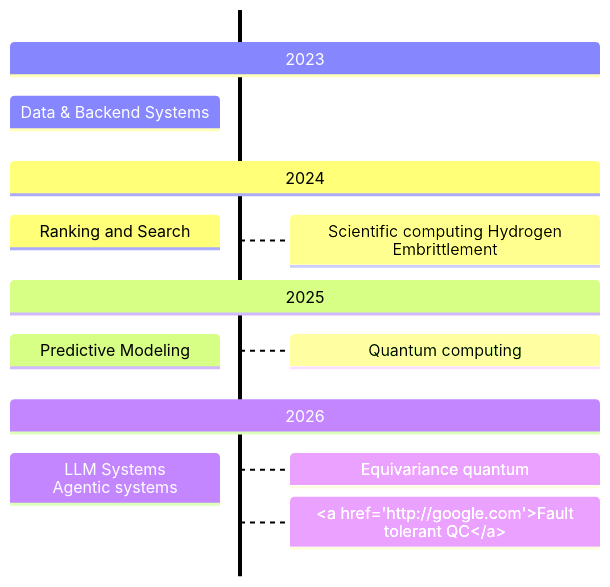
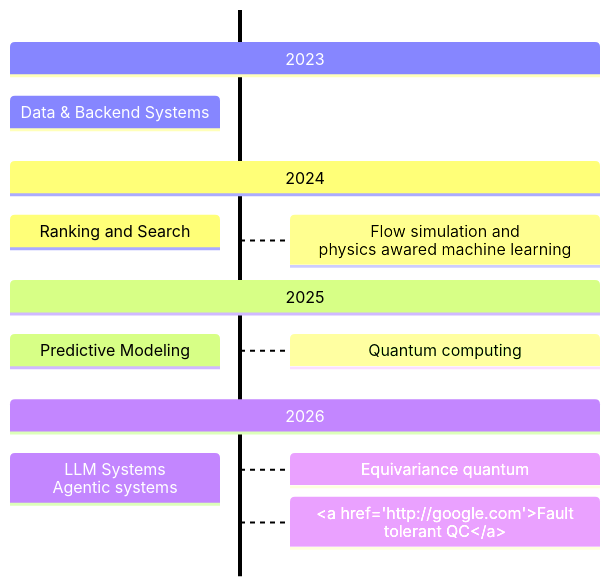
One commit to minhtriet/minhtriet.github.io changed the diagram in _pages/about.md. Above: the diagram before and after it, drawn with Mermaid.

Commit message:
Update project timeline for 2024

```diff
--- a/_pages/about.md
+++ b/_pages/about.md
@@ -6,11 +6,11 @@
 <pre class="mermaid">
 timeline TD
 	section 2023
     Data & Backend Systems
 	section 2024
-    Ranking and Search : Scientific computing Hydrogen Embrittlement
+    Ranking and Search : Flow simulation and <br> physics awared machine learning
 	section 2025
     Predictive Modeling : Quantum computing
 	section 2026
     LLM Systems <br> Agentic systems : Equivariance quantum : <a href="http://google.com">Fault tolerant QC</a>
 </pre>
```
